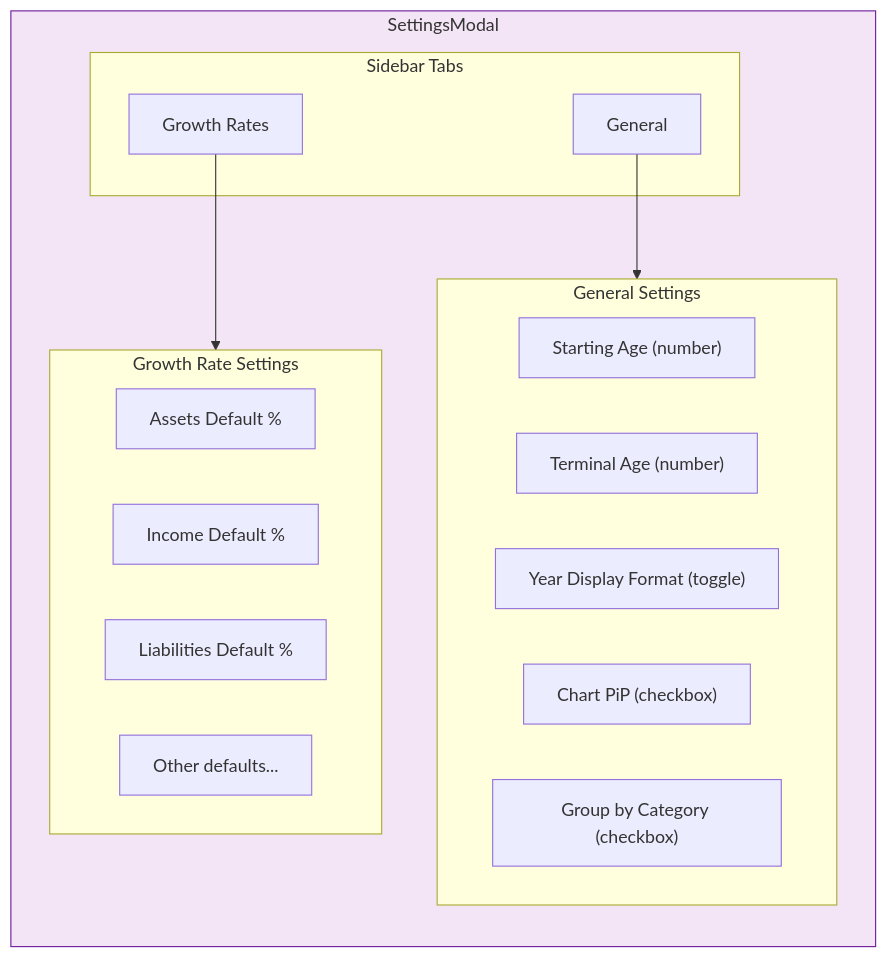
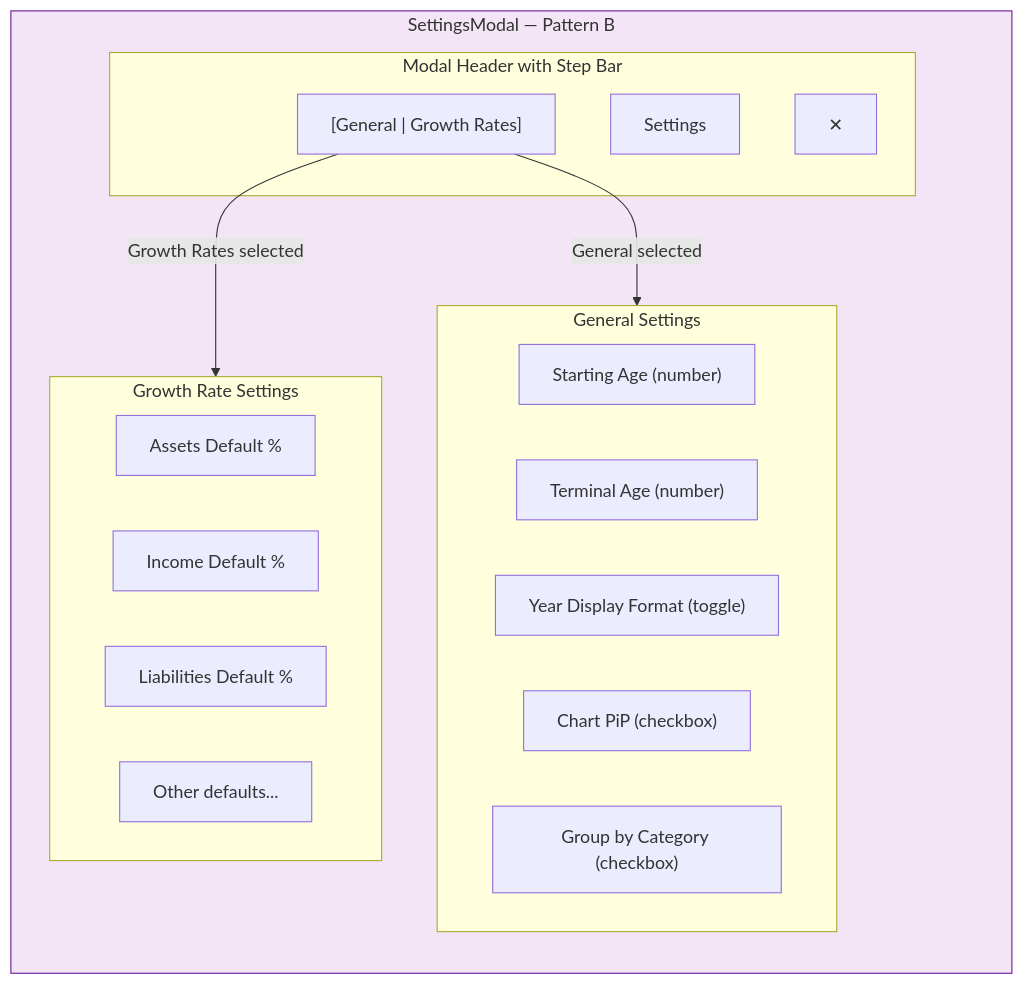
Diagram 40 of 43 in spec/assetra-user-journey-interaction-map.md (jcleow/wealthproject), drawn with Mermaid before and after one commit. The commit also changed other lines of this file and 2 other files, not shown here.

First line of the commit message:
fix: bump modal z-index to z-[200] and document standard nav patterns

````diff
--- a/spec/assetra-user-journey-interaction-map.md
+++ b/spec/assetra-user-journey-interaction-map.md
@@ -1316,29 +1532,30 @@
 ```mermaid
 flowchart LR
-    subgraph SETTINGS["SettingsModal"]
-        subgraph SIDEBAR["Sidebar Tabs"]
-            ST1["General"]
-            ST2["Growth Rates"]
+    subgraph SETTINGS["SettingsModal — Pattern B"]
+        subgraph HEADER["Modal Header with Step Bar"]
+            S_TITLE["Settings"]
+            S_STEPS["[General | Growth Rates]"]
+            S_CLOSE["✕"]
         end
 
         subgraph GENERAL["General Settings"]
             G1["Starting Age (number)"]
             G2["Terminal Age (number)"]
             G3["Year Display Format (toggle)"]
             G4["Chart PiP (checkbox)"]
             G5["Group by Category (checkbox)"]
         end
 
         subgraph GROWTH["Growth Rate Settings"]
             GR1["Assets Default % "]
             GR2["Income Default %"]
             GR3["Liabilities Default %"]
             GR4["Other defaults..."]
         end
 
-        ST1 --> GENERAL
-        ST2 --> GROWTH
+        S_STEPS -->|"General selected"| GENERAL
+        S_STEPS -->|"Growth Rates selected"| GROWTH
     end
 
     style SETTINGS fill:#f3e5f5,stroke:#6a1b9a
 ```
````
